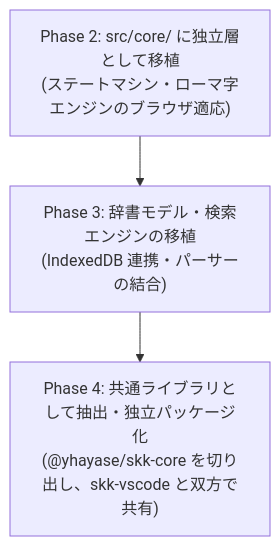
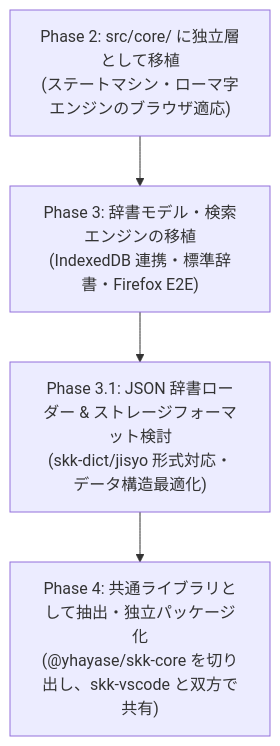
The diagram in docs/roadmap.md (yhayase/HerissonSKK-browser), drawn with Mermaid before and after one commit. The commit also changed other lines of this file and 2 other files, not shown here.

First line of the commit message:
docs: Phase 3.1 をロードマップに追加 & SKKコアのエッジケース単体テストを追加

````diff
--- a/docs/roadmap.md
+++ b/docs/roadmap.md
@@ -15,8 +15,9 @@
 ```mermaid
 flowchart TD
     Phase2["Phase 2: src/core/ に独立層として移植<br>(ステートマシン・ローマ字エンジンのブラウザ適応)"]
-    Phase3["Phase 3: 辞書モデル・検索エンジンの移植<br>(IndexedDB 連携・パーサーの結合)"]
+    Phase3["Phase 3: 辞書モデル・検索エンジンの移植<br>(IndexedDB 連携・標準辞書・Firefox E2E)"]
+    Phase31["Phase 3.1: JSON 辞書ローダー & ストレージフォーマット検討<br>(skk-dict/jisyo 形式対応・データ構造最適化)"]
     Phase4["Phase 4: 共通ライブラリとして抽出・独立パッケージ化<br>(@yhayase/skk-core を切り出し、skk-vscode と双方で共有)"]
 
-    Phase2 --> Phase3 --> Phase4
+    Phase2 --> Phase3 --> Phase31 --> Phase4
 ```
````
